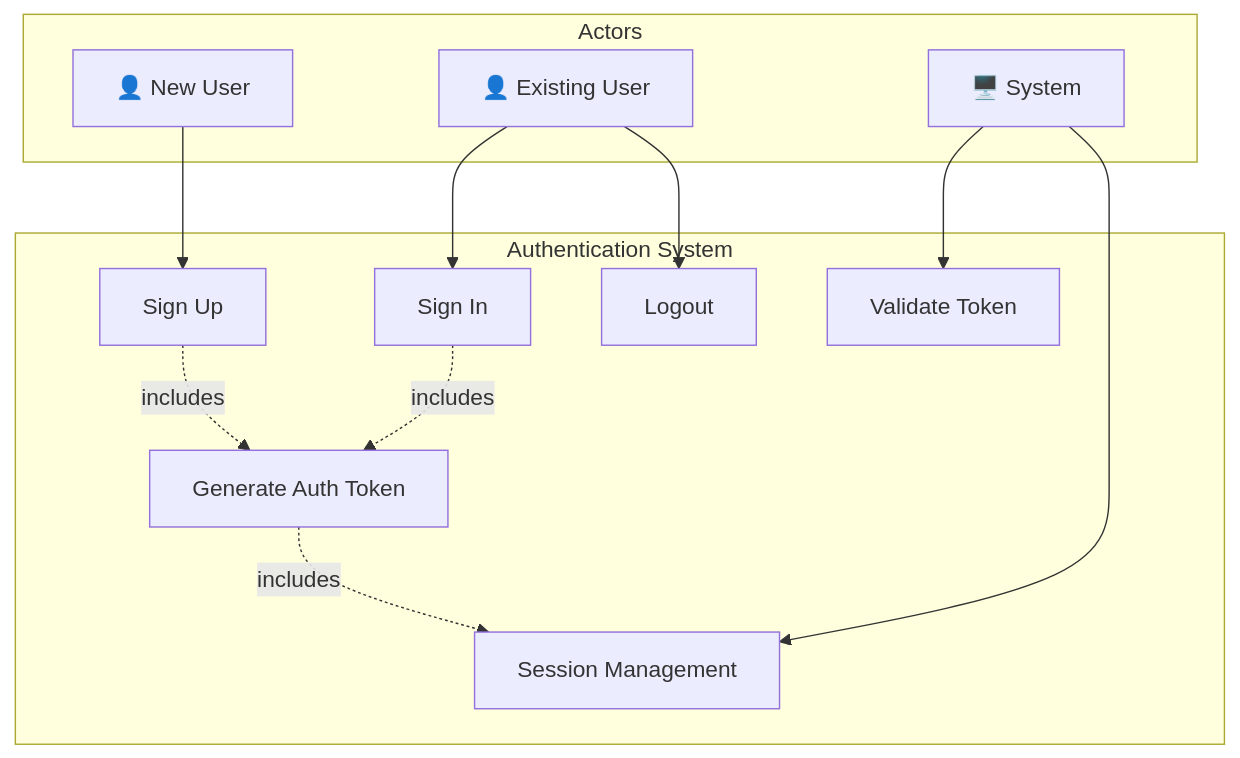
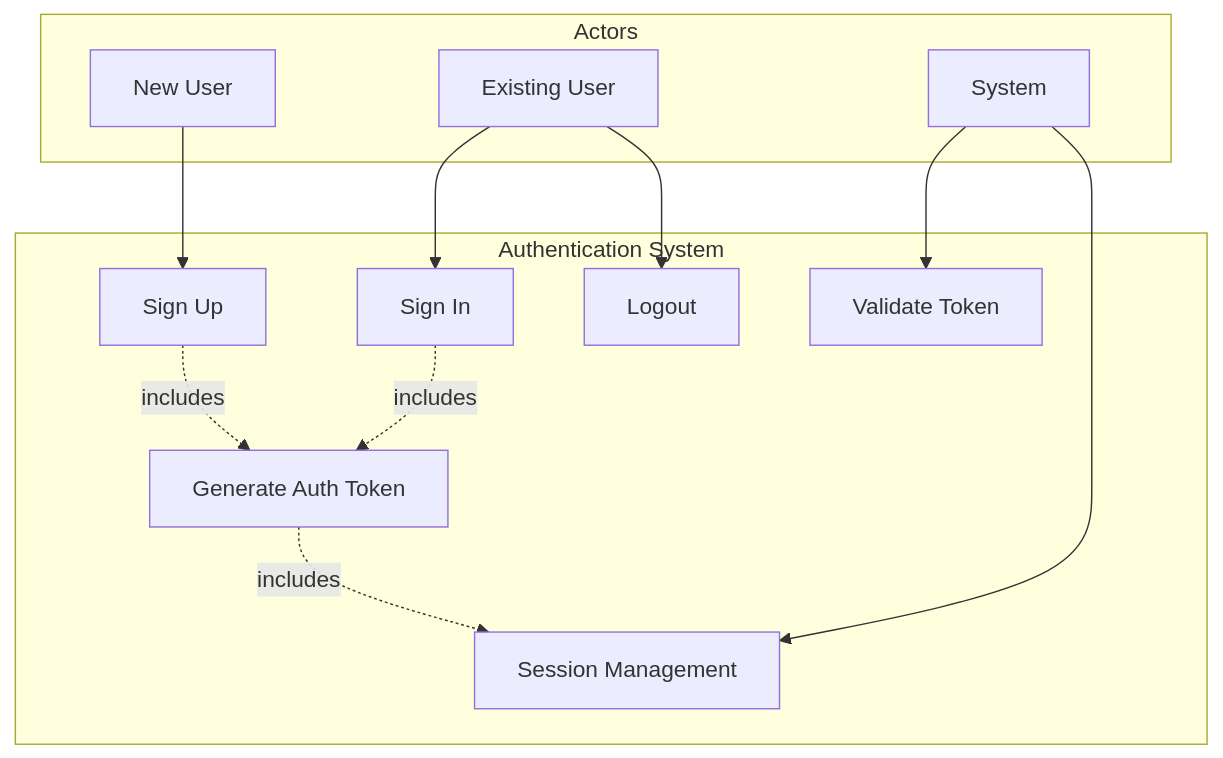
The second of 16 diagrams in docs/comprehensive_uml_diagrams.md (Aya2nusairat7/steganotool-enhanced), drawn with Mermaid before and after one commit. The commit also changed other lines of this file, not shown here.

Commit message:
Add UML documentation with Mermaid diagrams

````diff
--- a/docs/comprehensive_uml_diagrams.md
+++ b/docs/comprehensive_uml_diagrams.md
@@ -81,28 +81,28 @@
 ```mermaid
 graph TB
     subgraph "Authentication System"
         UC_AUTH1[Sign In]
         UC_AUTH2[Sign Up]
         UC_AUTH3[Generate Auth Token]
         UC_AUTH4[Validate Token]
         UC_AUTH5[Logout]
         UC_AUTH6[Session Management]
     end
     
     subgraph "Actors"
-        NewUser[👤 New User]
-        ExistingUser[👤 Existing User]
-        System[🖥️ System]
+        NewUser[New User]
+        ExistingUser[Existing User]
+        System[System]
     end
     
     NewUser --> UC_AUTH2
     ExistingUser --> UC_AUTH1
     ExistingUser --> UC_AUTH5
     
     UC_AUTH1 -.->|includes| UC_AUTH3
     UC_AUTH2 -.->|includes| UC_AUTH3
     UC_AUTH3 -.->|includes| UC_AUTH6
     
     System --> UC_AUTH4
     System --> UC_AUTH6
 ```
````
